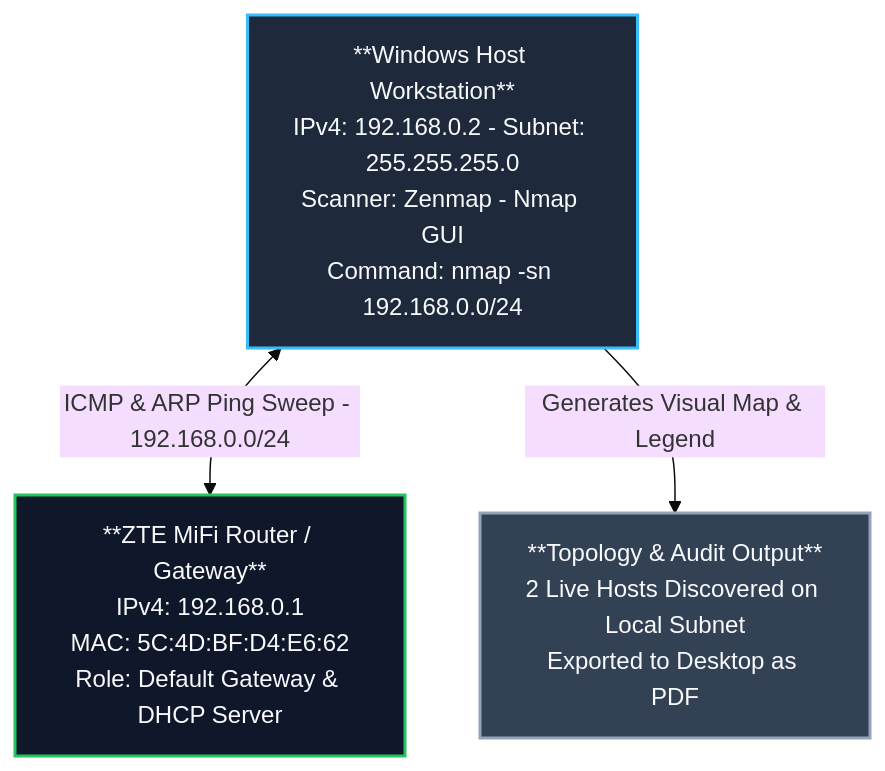
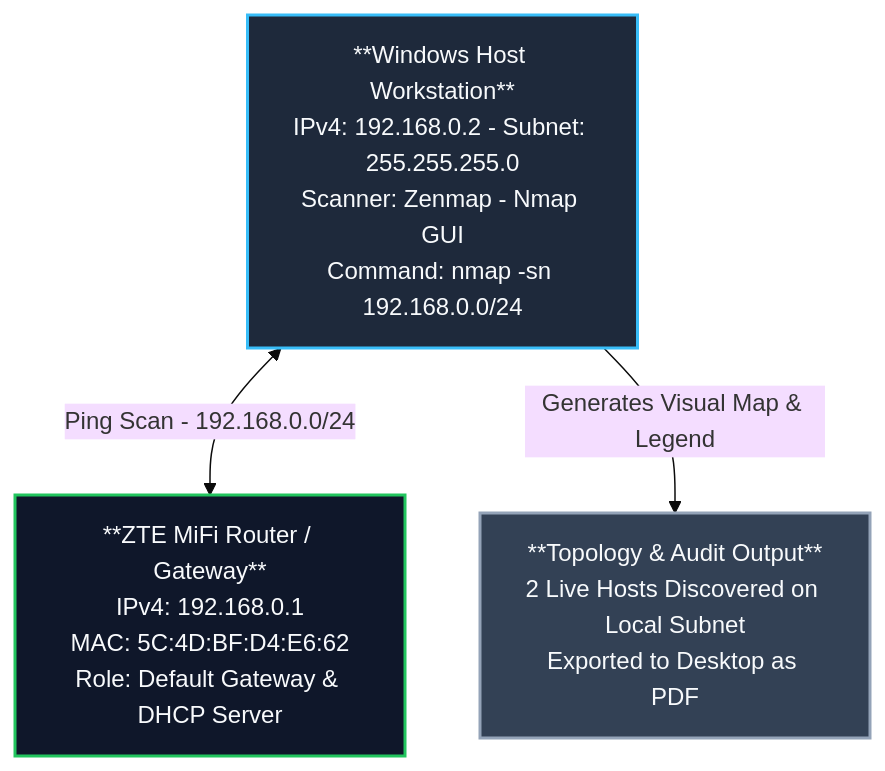
Before and after one commit to Zezanderson98/NETWORK-SCANNING-WITH-ZENMAP: the diagram in README.md, drawn with Mermaid (base theme). The commit also changed other lines of this file, not shown here.

````diff
--- a/README.md
+++ b/README.md
@@ -54,15 +54,15 @@
 ```mermaid
 flowchart TD
     Gateway["**ZTE MiFi Router / Gateway**<br/>IPv4: 192.168.0.1<br/>MAC: 5C:4D:BF:D4:E6:62<br/>Role: Default Gateway & DHCP Server"]
     
     Host["**Windows Host Workstation**<br/>IPv4: 192.168.0.2 - Subnet: 255.255.255.0<br/>Scanner: Zenmap - Nmap GUI<br/>Command: nmap -sn 192.168.0.0/24"]
     
     PDF["**Topology & Audit Output**<br/>2 Live Hosts Discovered on Local Subnet<br/>Exported to Desktop as PDF"]
 
-    Host <-->|"ICMP & ARP Ping Sweep - 192.168.0.0/24"| Gateway
+    Host <-->|"Ping Scan - 192.168.0.0/24"| Gateway
     Host -->|"Generates Visual Map & Legend"| PDF
 
     style Gateway fill:#0f172a,stroke:#22c55e,stroke-width:2px,color:#f8fafc
     style Host fill:#1e293b,stroke:#38bdf8,stroke-width:2px,color:#f8fafc
     style PDF fill:#334155,stroke:#94a3b8,stroke-width:2px,color:#f8fafc
 ```
````
